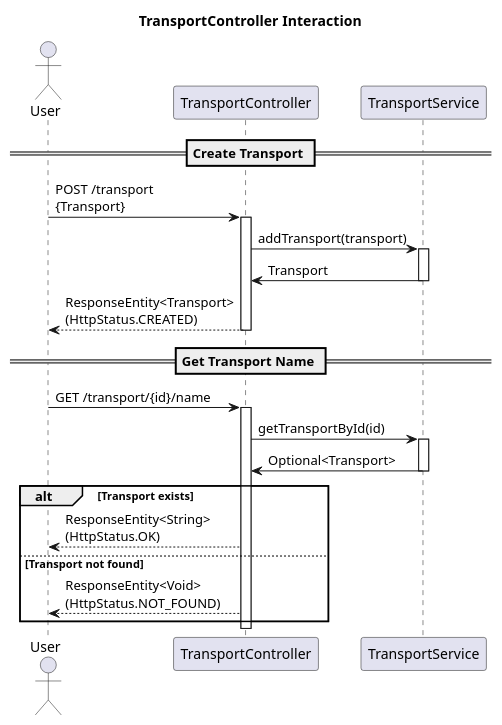
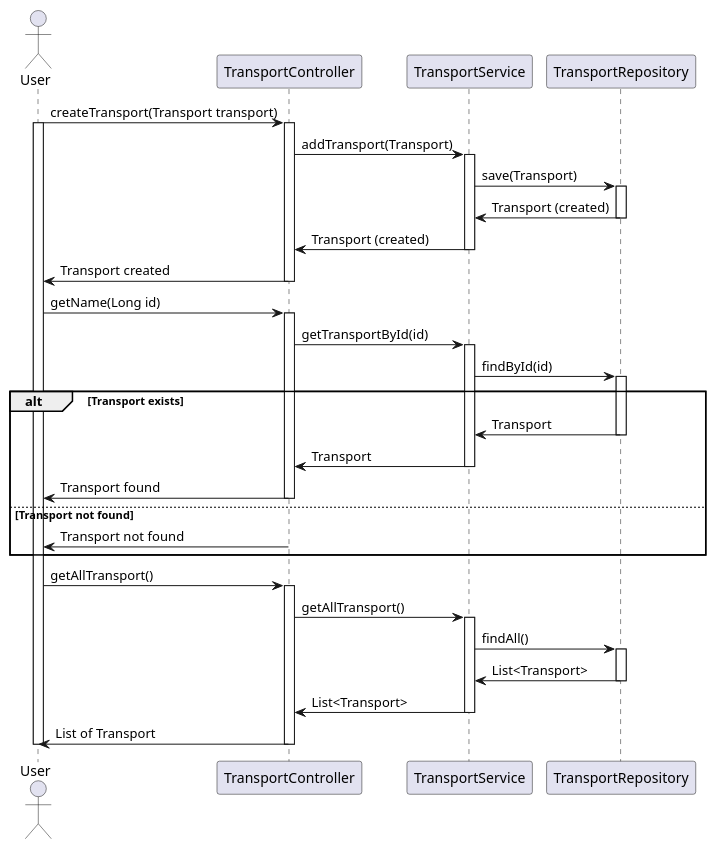
Before and after one commit to Bray-A/ParkingSlotPayment-ManagementService: the diagram in transport-service/transport-uml/transportservice-uml.puml, drawn with PlantUML. The commit also changed 21 other files, not shown here.

```diff
--- a/transport-service/transport-uml/transportservice-uml.puml
+++ b/transport-service/transport-uml/transportservice-uml.puml
@@ -1,34 +1,57 @@
 @startuml
-
-title TransportController Interaction
-
 actor User
-
 participant "TransportController" as Controller
 participant "TransportService" as Service
+participant "TransportRepository" as Repository
 
-== Create Transport ==
-User -> Controller : POST /transport\n{Transport}
+
+User -> Controller: createTransport(Transport transport)
+activate User
 activate Controller
-Controller -> Service : addTransport(transport)
+Controller -> Service: addTransport(Transport)
 activate Service
-Service -> Controller : Transport
+Service -> Repository: save(Transport)
+activate Repository
+Repository -> Service: Transport (created)
+deactivate Repository
+Service -> Controller: Transport (created)
 deactivate Service
-Controller --> User : ResponseEntity<Transport>\n(HttpStatus.CREATED)
+Controller -> User: Transport created
 deactivate Controller
 
-== Get Transport Name ==
-User -> Controller : GET /transport/{id}/name
+
+User -> Controller: getName(Long id)
 activate Controller
-Controller -> Service : getTransportById(id)
+Controller -> Service: getTransportById(id)
 activate Service
-Service -> Controller : Optional<Transport>
+Service -> Repository: findById(id)
+activate Repository
+
+alt Transport exists
+    Repository -> Service: Transport
+    deactivate Repository
+    Service -> Controller: Transport
+    deactivate Service
+    Controller -> User: Transport found
+deactivate Controller
+else Transport not found
+
+    Controller -> User: Transport not found
+deactivate Controller
+end
+
+
+User -> Controller: getAllTransport()
+activate Controller
+Controller -> Service: getAllTransport()
+activate Service
+Service -> Repository: findAll()
+activate Repository
+Repository -> Service: List<Transport>
+deactivate Repository
+Service -> Controller: List<Transport>
 deactivate Service
-alt Transport exists
-    Controller --> User : ResponseEntity<String>\n(HttpStatus.OK)
-else Transport not found
-    Controller --> User : ResponseEntity<Void>\n(HttpStatus.NOT_FOUND)
-end
+Controller -> User: List of Transport
 deactivate Controller
-
+deactivate User
 @enduml
```
